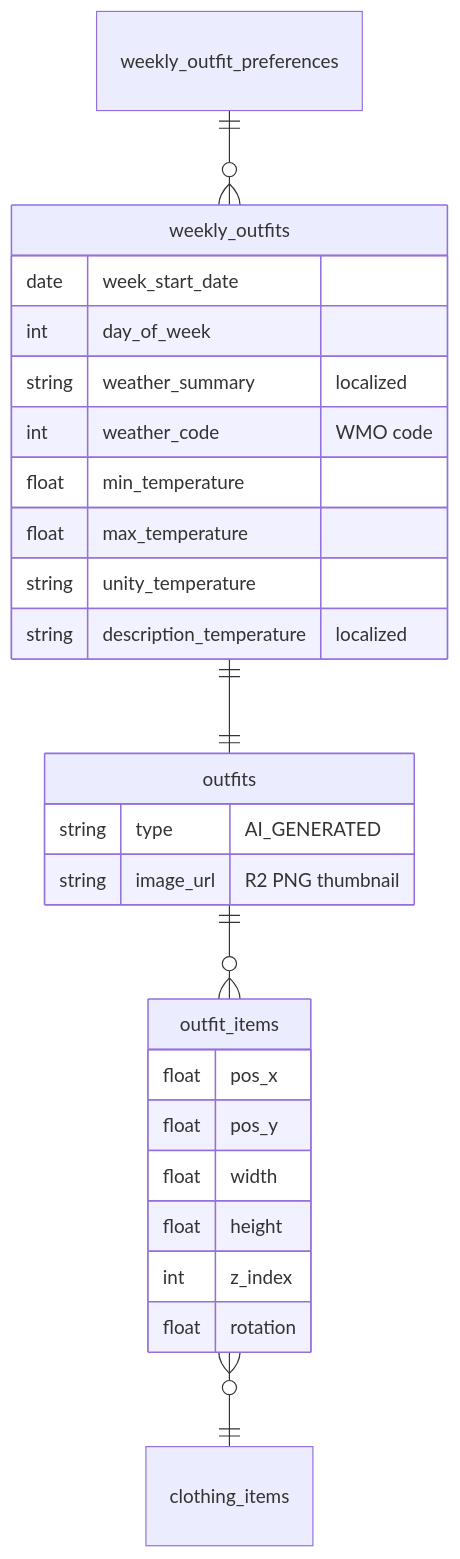
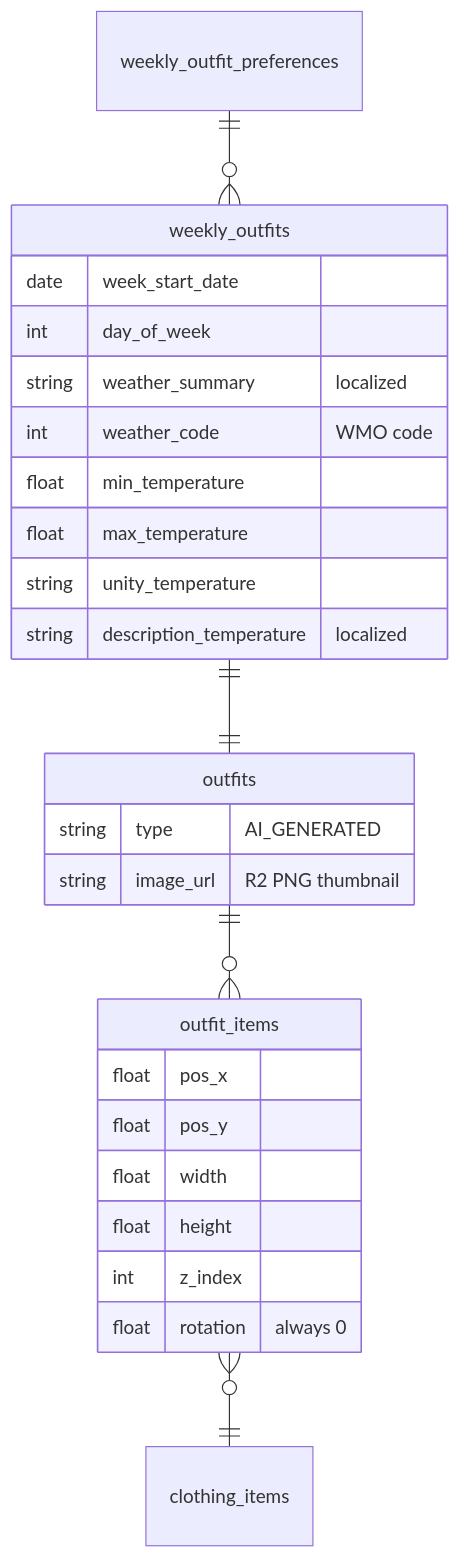
One commit to emmanuelviniciusdev/SkyDIIV--backstage changed the second of 3 diagrams in apps/worker-ai-workflows/docs/WEEKLY_OUTFITS_WORKFLOW.md. Above: the diagram before and after it, drawn with Mermaid. The commit also changed other lines of this file and 4 other files, not shown here.

````diff
--- a/apps/worker-ai-workflows/docs/WEEKLY_OUTFITS_WORKFLOW.md
+++ b/apps/worker-ai-workflows/docs/WEEKLY_OUTFITS_WORKFLOW.md
@@ -387,32 +387,32 @@
 ```mermaid
 erDiagram
     weekly_outfit_preferences ||--o{ weekly_outfits : ""
     weekly_outfits ||--|| outfits : ""
     outfits ||--o{ outfit_items : ""
     outfit_items }o--|| clothing_items : ""
 
     weekly_outfits {
         date week_start_date
         int day_of_week
         string weather_summary "localized"
         int weather_code "WMO code"
         float min_temperature
         float max_temperature
         string unity_temperature
         string description_temperature "localized"
     }
 
     outfits {
         string type "AI_GENERATED"
         string image_url "R2 PNG thumbnail"
     }
 
     outfit_items {
         float pos_x
         float pos_y
         float width
         float height
         int z_index
-        float rotation
+        float rotation "always 0"
     }
 ```
````
